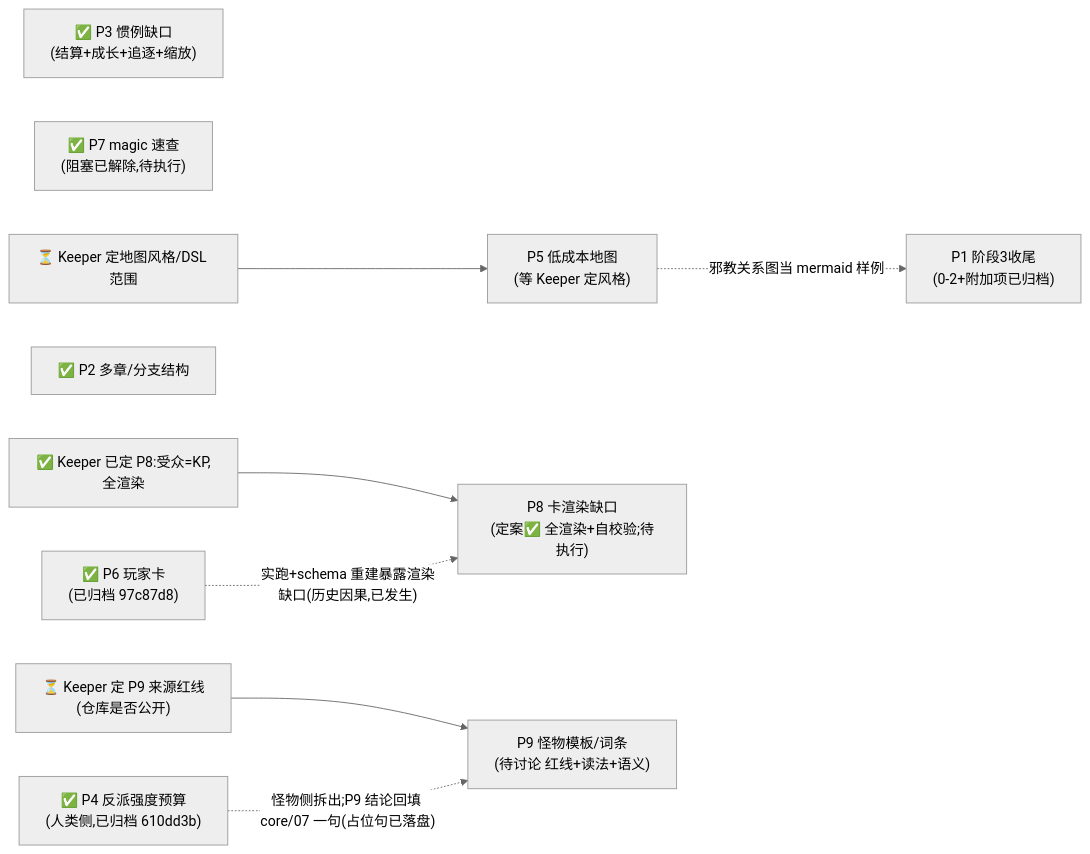
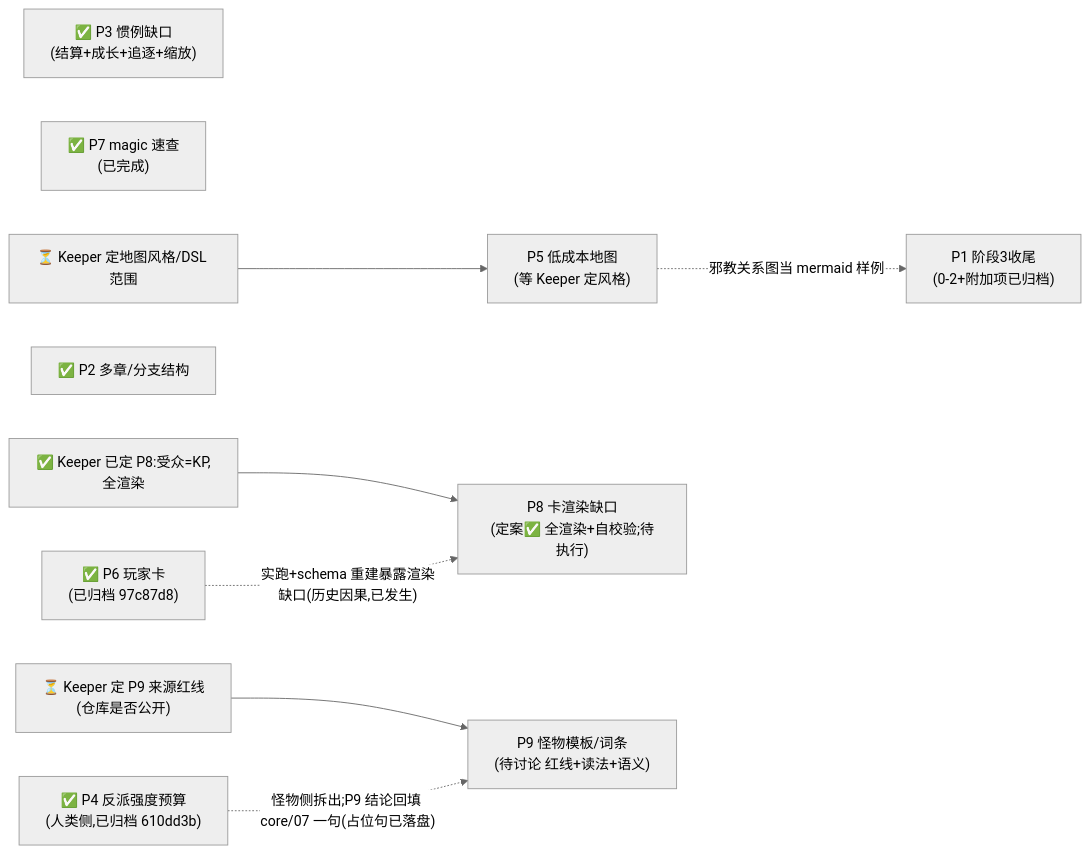
One commit to Mzihong/coc-keeper-kit changed the diagram in update_plan/README.md. Above: the diagram before and after it, drawn with Mermaid (neutral theme). The commit also changed other lines of this file and 9 other files, not shown here.

````diff
--- a/update_plan/README.md
+++ b/update_plan/README.md
@@ -29,24 +29,24 @@
 ```mermaid
 graph LR
     P3["✅ P3 惯例缺口<br/>(结算+成长+追逐+缩放)"]
-    P7["✅ P7 magic 速查<br/>(阻塞已解除,待执行)"]
+    P7["✅ P7 magic 速查<br/>(已完成)"]
     P5["P5 低成本地图<br/>(等 Keeper 定风格)"]
     P6["✅ P6 玩家卡<br/>(已归档 97c87d8)"]
     P1a["P1 阶段3收尾<br/>(0-2+附加项已归档)"]
     P2["✅ P2 多章/分支结构"]
     P4["✅ P4 反派强度预算<br/>(人类侧,已归档 610dd3b)"]
     P8["P8 卡渲染缺口<br/>(定案✅ 全渲染+自校验;待执行)"]
     P9["P9 怪物模板/词条<br/>(待讨论 红线+读法+语义)"]
     KeeperMap["⏳ Keeper 定地图风格/DSL 范围"]
     KeeperView["✅ Keeper 已定 P8:受众=KP,全渲染"]
     KeeperRed["⏳ Keeper 定 P9 来源红线<br/>(仓库是否公开)"]
 
     KeeperMap --> P5
     KeeperView --> P8
     KeeperRed --> P9
     P4 -.怪物侧拆出;P9 结论回填 core/07 一句(占位句已落盘).-> P9
     P6 -.实跑+schema 重建暴露渲染缺口(历史因果,已发生).-> P8
     P5 -.邪教关系图当 mermaid 样例.-> P1a
     P2
     P3
 ```
````
